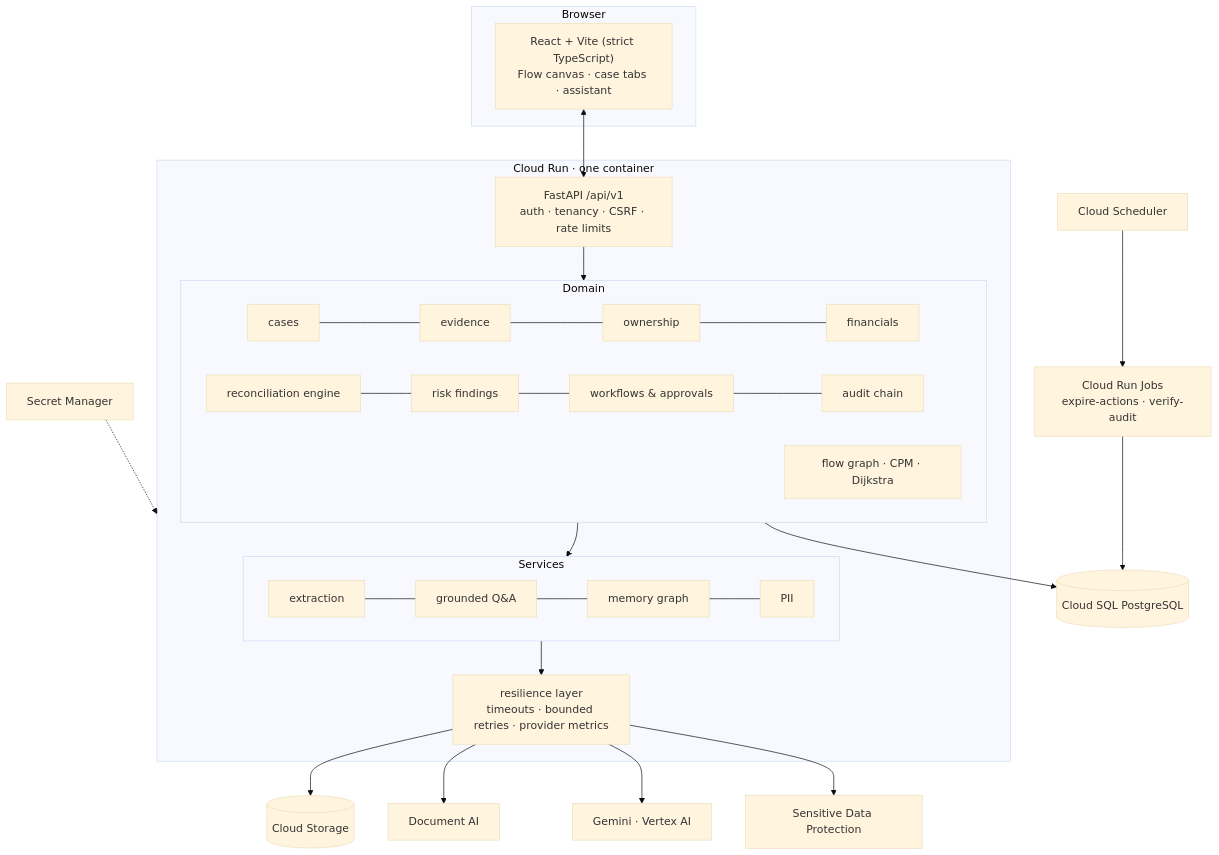
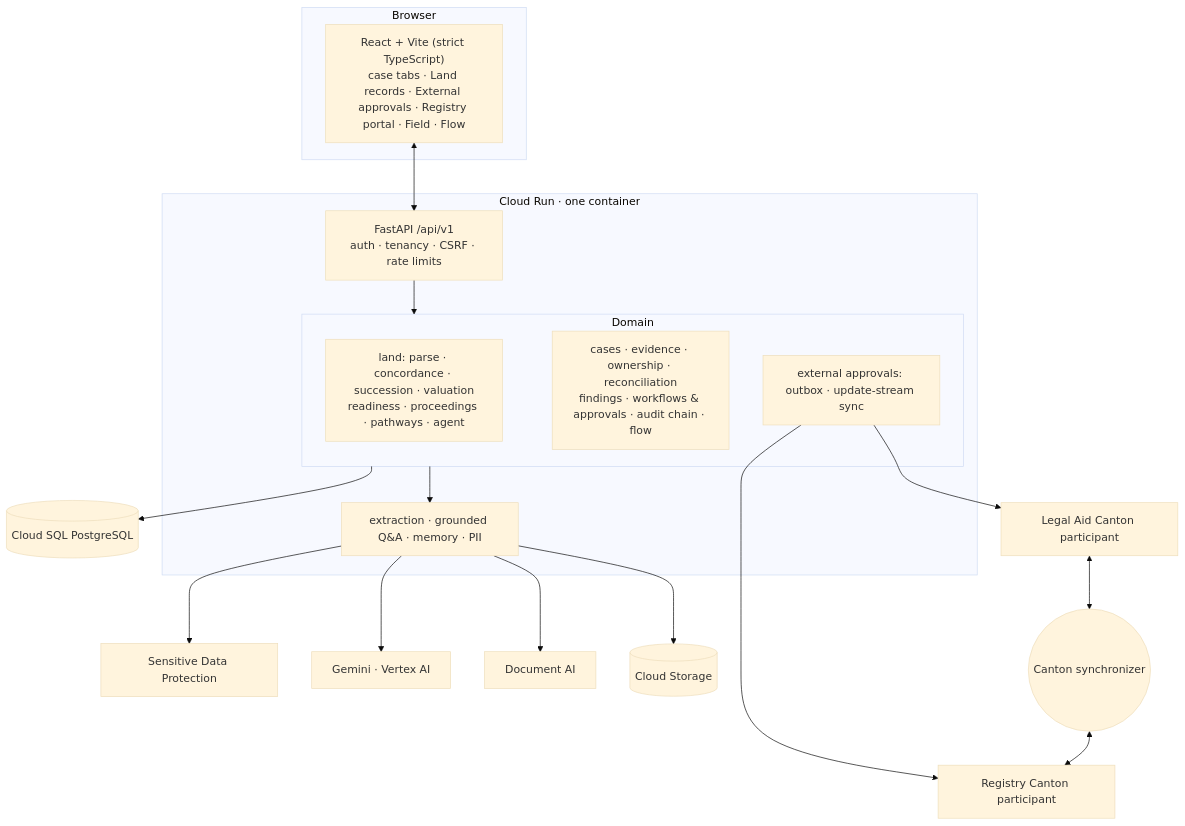
One commit to Ground-work-gcp/Groundwork changed the third of 3 diagrams in README.md. Above: the diagram before and after it, drawn with Mermaid (base theme). The commit also changed other lines of this file, not shown here.

First line of the commit message:
Rewrite README around rural land records and Canton multi-party approvals

````diff
--- a/README.md
+++ b/README.md
@@ -250,28 +119,20 @@
 ```mermaid
 flowchart TB
     subgraph Browser
-      UI["React + Vite (strict TypeScript)<br/>Flow canvas · case tabs · assistant"]
+      UI["React + Vite (strict TypeScript)<br/>case tabs · Land records · External approvals · Registry portal · Field · Flow"]
     end
     subgraph CloudRun["Cloud Run · one container"]
       API["FastAPI /api/v1<br/>auth · tenancy · CSRF · rate limits"]
       subgraph Domain
-        CA[cases] --- EV[evidence] --- OWN[ownership] --- FIN[financials]
-        REC[reconciliation engine] --- RISK[risk findings] --- WFL[workflows & approvals] --- AUD[audit chain]
-        FLOW[flow graph · CPM · Dijkstra]
+        LAND["land: parse · concordance · succession · valuation<br/>readiness · proceedings · pathways · agent"]
+        CORE["cases · evidence · ownership · reconciliation<br/>findings · workflows & approvals · audit chain · flow"]
+        EXT["external approvals: outbox · update-stream sync"]
       end
-      subgraph Services
-        EXT[extraction] --- RAG[grounded Q&A] --- MEM[memory graph] --- PIIS[PII]
-      end
-      RES["resilience layer<br/>timeouts · bounded retries · provider metrics"]
+      SVC["extraction · grounded Q&A · memory · PII"]
     end
-    UI <--> API
-    API --> Domain --> Services --> RES
-    RES --> GCS[(Cloud Storage)]
-    RES --> DAI[Document AI]
-    RES --> GEM[Gemini · Vertex AI]
-    RES --> SDP[Sensitive Data Protection]
+    UI <--> API --> Domain --> SVC
+    SVC --> GCS[(Cloud Storage)] & DAI[Document AI] & GEM[Gemini · Vertex AI] & SDP[Sensitive Data Protection]
     Domain --> SQL[(Cloud SQL PostgreSQL)]
-    SM[Secret Manager] -.-> CloudRun
-    JOBS["Cloud Run Jobs<br/>expire-actions · verify-audit"] --> SQL
-    SCH[Cloud Scheduler] --> JOBS
+    EXT --> LAP["Legal Aid Canton participant"] & RGP["Registry Canton participant"]
+    LAP <--> SYNC(("Canton synchronizer")) <--> RGP
 ```
````
